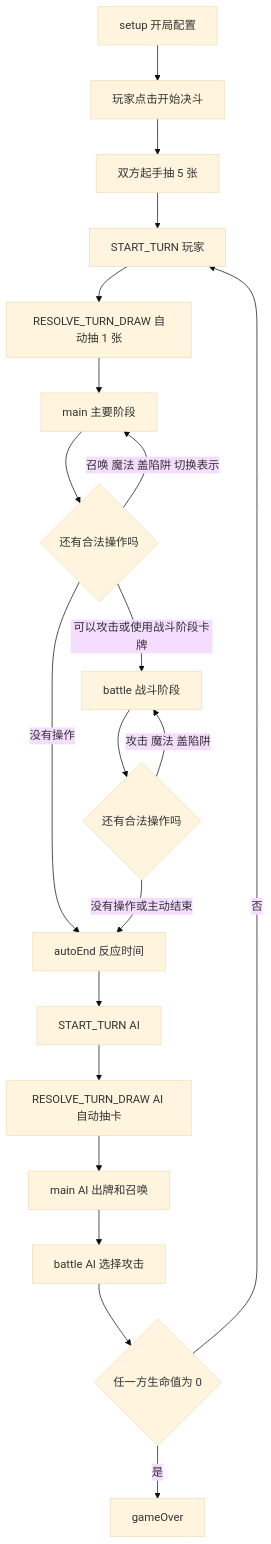
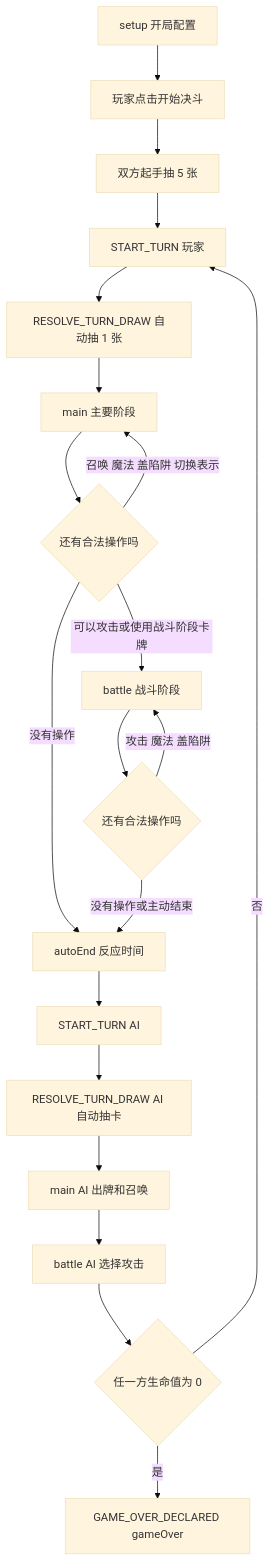
One commit to ssssaaa111/play_card_game changed the second of 9 diagrams in GAME_FLOW.md. Above: the diagram before and after it, drawn with Mermaid (base theme). The commit also changed other lines of this file and 9 other files, not shown here.

````diff
--- a/GAME_FLOW.md
+++ b/GAME_FLOW.md
@@ -27,22 +27,22 @@
 ```mermaid
 flowchart TD
     Setup[setup 开局配置] --> Start[玩家点击开始决斗]
     Start --> Opening[双方起手抽 5 张]
     Opening --> PlayerTurn[START_TURN 玩家]
     PlayerTurn --> Draw[RESOLVE_TURN_DRAW 自动抽 1 张]
     Draw --> Main[main 主要阶段]
     Main --> Decision{还有合法操作吗}
     Decision -->|召唤 魔法 盖陷阱 切换表示| Main
     Decision -->|可以攻击或使用战斗阶段卡牌| Battle[battle 战斗阶段]
     Decision -->|没有操作| AutoEnd[autoEnd 反应时间]
     Battle --> BattleDecision{还有合法操作吗}
     BattleDecision -->|攻击 魔法 盖陷阱| Battle
     BattleDecision -->|没有操作或主动结束| AutoEnd
     AutoEnd --> AiTurn[START_TURN AI]
     AiTurn --> AiDraw[RESOLVE_TURN_DRAW AI 自动抽卡]
     AiDraw --> AiMain[main AI 出牌和召唤]
     AiMain --> AiBattle[battle AI 选择攻击]
     AiBattle --> CheckEnd{任一方生命值为 0}
     CheckEnd -->|否| PlayerTurn
-    CheckEnd -->|是| GameOver[gameOver]
+    CheckEnd -->|是| GameOver[GAME_OVER_DECLARED gameOver]
 ```
````
